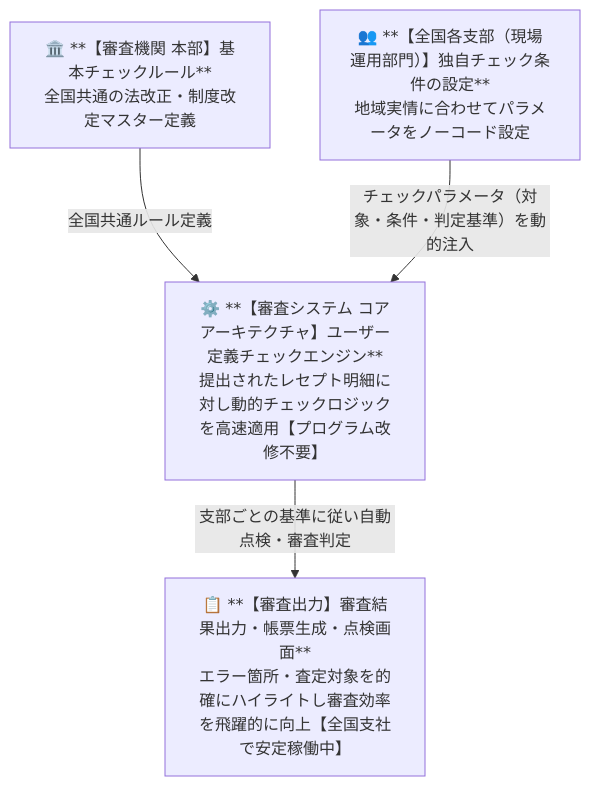
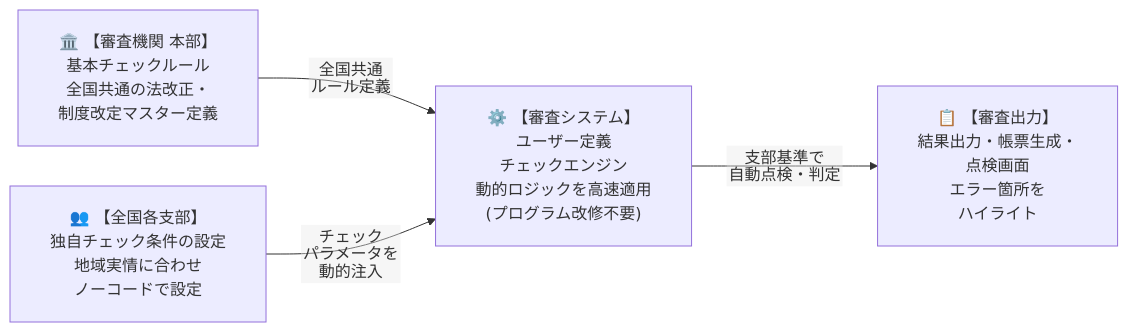
Before and after one commit to imo96/service-planning-architecture-portfolio: the third of 4 diagrams in README.md, drawn with Mermaid. The commit also changed other lines of this file, not shown here.

First line of the commit message:
Mermaid図を横連結に変更し、ボックス内の文字見切れを改善

````diff
--- a/README.md
+++ b/README.md
@@ -129,11 +131,12 @@
 ```mermaid
-flowchart TD
-    H["🏛️ **【審査機関 本部】基本チェックルール**<br/>全国共通の法改正・制度改定マスター定義"]
-    B["👥 **【全国各支部（現場運用部門）】独自チェック条件の設定**<br/>地域実情に合わせてパラメータをノーコード設定"]
-    E["⚙️ **【審査システム コアアーキテクチャ】ユーザー定義チェックエンジン**<br/>提出されたレセプト明細に対し動的チェックロジックを高速適用【プログラム改修不要】"]
-    O["📋 **【審査出力】審査結果出力・帳票生成・点検画面**<br/>エラー箇所・査定対象を的確にハイライトし審査効率を飛躍的に向上【全国支社で安定稼働中】"]
+%%{init: {"flowchart": {"htmlLabels": false, "padding": 20, "nodeSpacing": 40, "rankSpacing": 70}}}%%
+flowchart LR
+    H["🏛️ 【審査機関 本部】<br>基本チェックルール<br>全国共通の法改正・<br>制度改定マスター定義"]
+    B["👥 【全国各支部】<br>独自チェック条件の設定<br>地域実情に合わせ<br>ノーコードで設定"]
+    E["⚙️ 【審査システム】<br>ユーザー定義<br>チェックエンジン<br>動的ロジックを高速適用<br>(プログラム改修不要)"]
+    O["📋 【審査出力】<br>結果出力・帳票生成・<br>点検画面<br>エラー箇所を<br>ハイライト"]
 
-    H -->|"全国共通ルール定義"| E
-    B -->|"チェックパラメータ（対象・条件・判定基準）を動的注入"| E
-    E -->|"支部ごとの基準に従い自動点検・審査判定"| O
+    H -->|"全国共通<br>ルール定義"| E
+    B -->|"チェック<br>パラメータを<br>動的注入"| E
+    E -->|"支部基準で<br>自動点検・判定"| O
 ```
````
